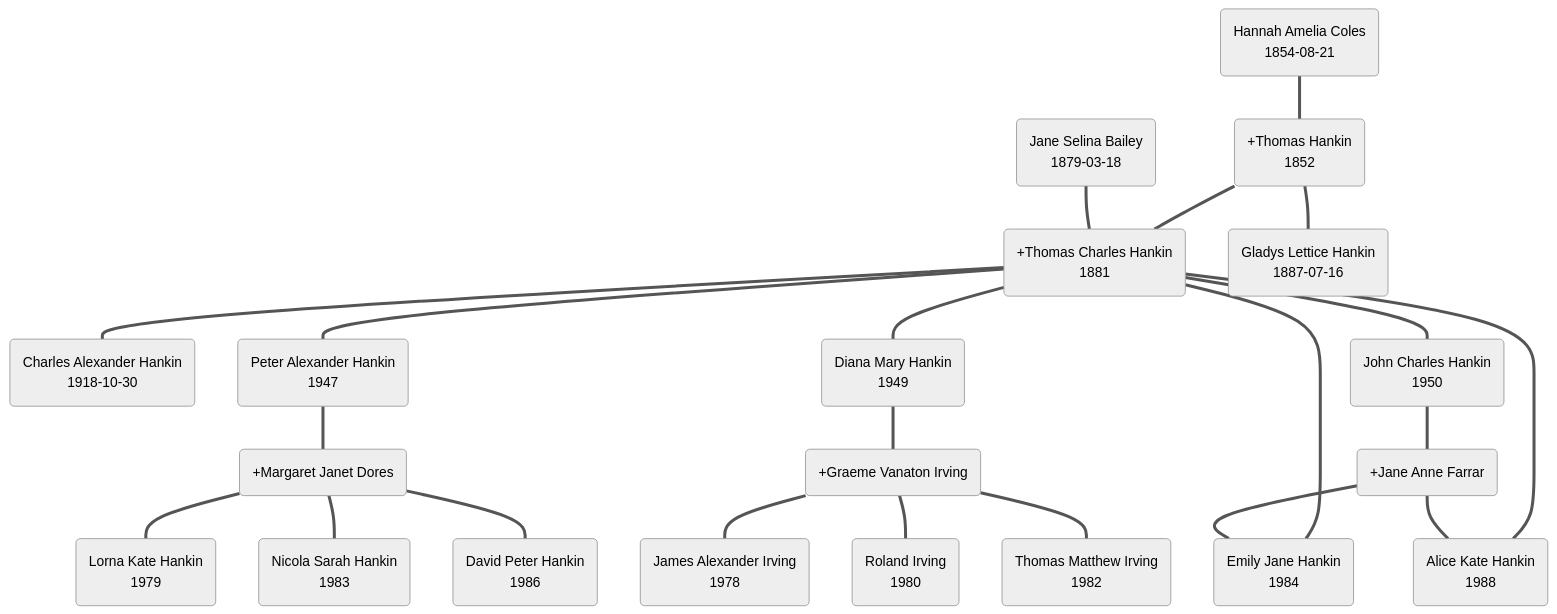
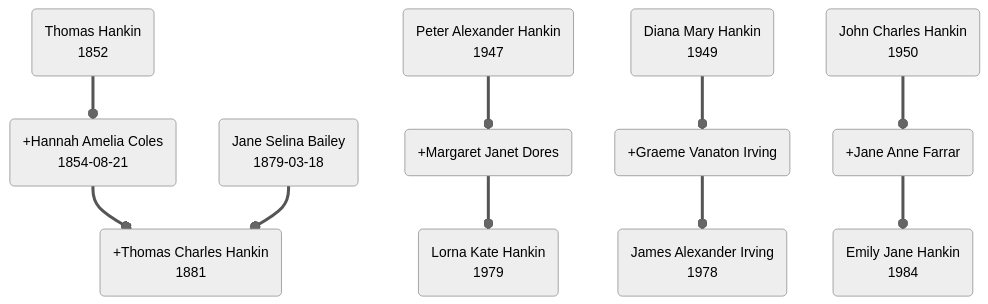
One commit to soul-family/family-tree changed the diagram in src-content/branch/diagrams/hankin.md. Above: the diagram before and after it, drawn with Mermaid (neutral theme). The commit also changed other lines of this file and 97 other files, not shown here.

````diff
--- a/src-content/branch/diagrams/hankin.md
+++ b/src-content/branch/diagrams/hankin.md
@@ -3,26 +3,14 @@
 ```mermaid
 flowchart TD
-    1854_hannah_amelia_coles(Hannah Amelia Coles<br/>1854-08-21) === 1852_thomas_hankin(+Thomas Hankin<br/>1852)
-    1852_thomas_hankin === 1881_thomas_hankin(Thomas Charles Hankin<br/>1881)
-    1852_thomas_hankin === 1887_gladys_hankin(Gladys Lettice Hankin<br/>1887-07-16)
-    1879_jane_selina_bailey(Jane Selina Bailey<br/>1879-03-18) === 1881_thomas_hankin(+Thomas Charles Hankin<br/>1881)
-    1881_thomas_hankin === 1918_charles_hankin(Charles Alexander Hankin<br/>1918-10-30)
-    1881_thomas_hankin === 1947_peter_hankin(Peter Alexander Hankin<br/>1947)
-    1881_thomas_hankin === 1949_diana_hankin(Diana Mary Hankin<br/>1949)
-    1881_thomas_hankin === 1950_john_hankin(John Charles Hankin<br/>1950)
-    1881_thomas_hankin === 1984_emily_hankin(Emily Jane Hankin<br/>1984)
-    1881_thomas_hankin === 1988_alice_hankin(Alice Kate Hankin<br/>1988)
-    1947_peter_hankin === margaret_dores(+Margaret Janet Dores)
-    margaret_dores === 1979_lorna_hankin(Lorna Kate Hankin<br/>1979)
-    margaret_dores === 1983_nicola_hankin(Nicola Sarah Hankin<br/>1983)
-    margaret_dores === 1986_david_hankin(David Peter Hankin<br/>1986)
-    1949_diana_hankin === graeme_irving(+Graeme Vanaton Irving)
-    graeme_irving === 1978_james_irving(James Alexander Irving<br/>1978)
-    graeme_irving === 1980_roland_irving(Roland Irving<br/>1980)
-    graeme_irving === 1982_thomas_irving(Thomas Matthew Irving<br/>1982)
-    1950_john_hankin === jane_farrar(+Jane Anne Farrar)
-    jane_farrar === 1984_emily_hankin
-    jane_farrar === 1988_alice_hankin
+    1852_thomas_hankin(Thomas Hankin<br/>1852) ==o 1854_hannah_coles(+Hannah Amelia Coles<br/>1854-08-21)
+    1854_hannah_coles ==o 1881_thomas_hankin(Thomas Charles Hankin<br/>1881)
+    1879_jane_bailey(Jane Selina Bailey<br/>1879-03-18) ==o 1881_thomas_hankin(+Thomas Charles Hankin<br/>1881)
+    1947_peter_hankin(Peter Alexander Hankin<br/>1947) ==o xxxx_margaret_dores(+Margaret Janet Dores)
+    xxxx_margaret_dores ==o 1979_lorna_hankin(Lorna Kate Hankin<br/>1979)
+    1949_diana_hankin(Diana Mary Hankin<br/>1949) ==o xxxx_graeme_irving(+Graeme Vanaton Irving)
+    xxxx_graeme_irving ==o 1978_james_irving(James Alexander Irving<br/>1978)
+    1950_john_hankin(John Charles Hankin<br/>1950) ==o xxxx_jane_farrar(+Jane Anne Farrar)
+    xxxx_jane_farrar ==o 1984_emily_hankin(Emily Jane Hankin<br/>1984)
 
     linkStyle default stroke:#555
 ```
````
